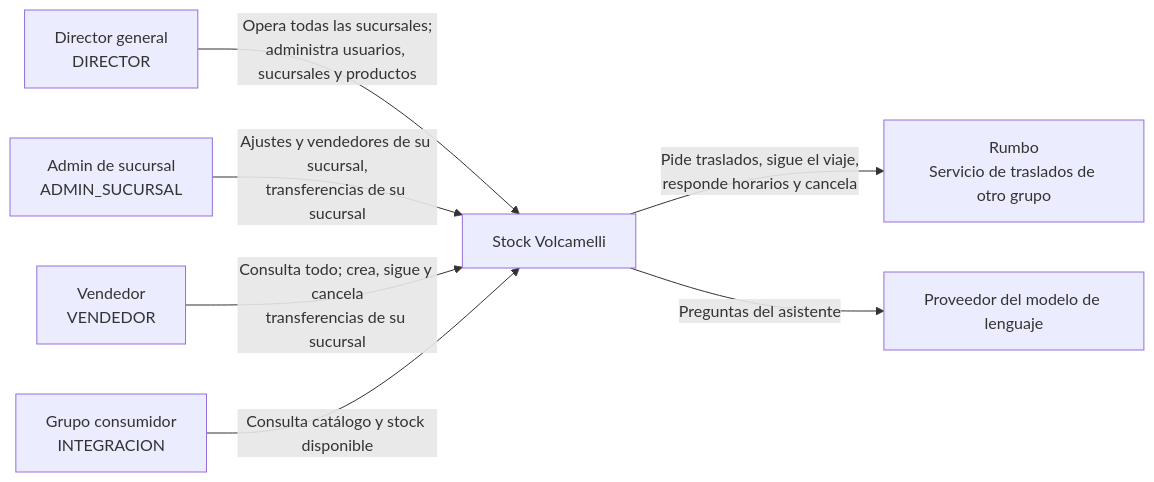
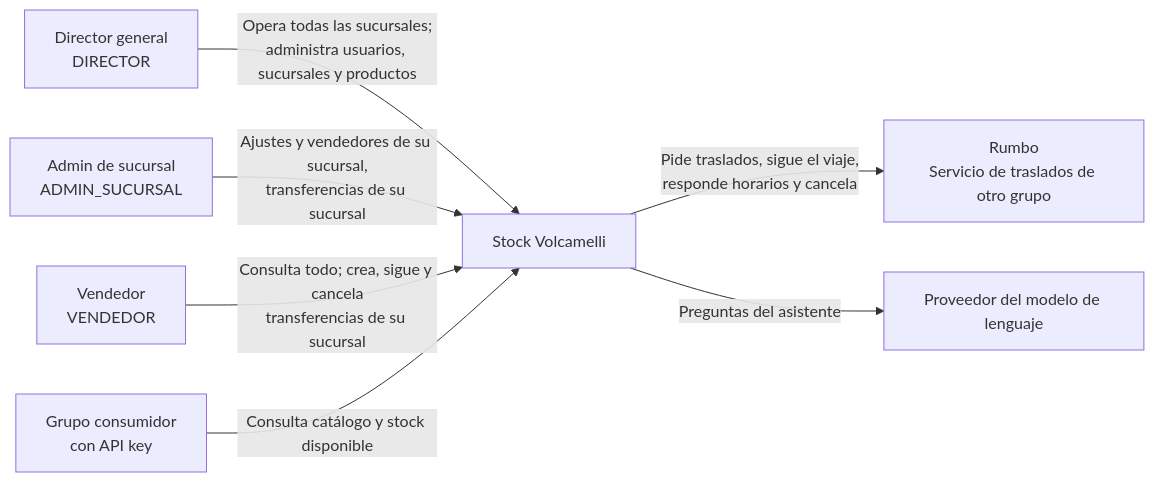
One commit to tomyvolo/Stock-Volcamelli changed the diagram in docs/diagramas/contexto.md. Above: the diagram before and after it, drawn with Mermaid. The commit also changed other lines of this file and 22 other files, not shown here.

Commit message:
feat: publica Inventario con API key y saca el rol INTEGRACION

````diff
--- a/docs/diagramas/contexto.md
+++ b/docs/diagramas/contexto.md
@@ -5,17 +5,17 @@
 ```mermaid
 flowchart LR
     D["Director general<br/>DIRECTOR"]
     A["Admin de sucursal<br/>ADMIN_SUCURSAL"]
     V["Vendedor<br/>VENDEDOR"]
-    C["Grupo consumidor<br/>INTEGRACION"]
+    C["Grupo consumidor<br/>con API key"]
     SV["Stock Volcamelli"]
     R["Rumbo<br/>Servicio de traslados de otro grupo"]
     LLM["Proveedor del modelo de lenguaje"]
 
     D -->|"Opera todas las sucursales;<br/>administra usuarios, sucursales y productos"| SV
     A -->|"Ajustes y vendedores de su sucursal,<br/>transferencias de su sucursal"| SV
     V -->|"Consulta todo; crea, sigue y cancela<br/>transferencias de su sucursal"| SV
     C -->|"Consulta catálogo y stock disponible"| SV
     SV -->|"Pide traslados, sigue el viaje,<br/>responde horarios y cancela"| R
     SV -->|"Preguntas del asistente"| LLM
 ```
````
